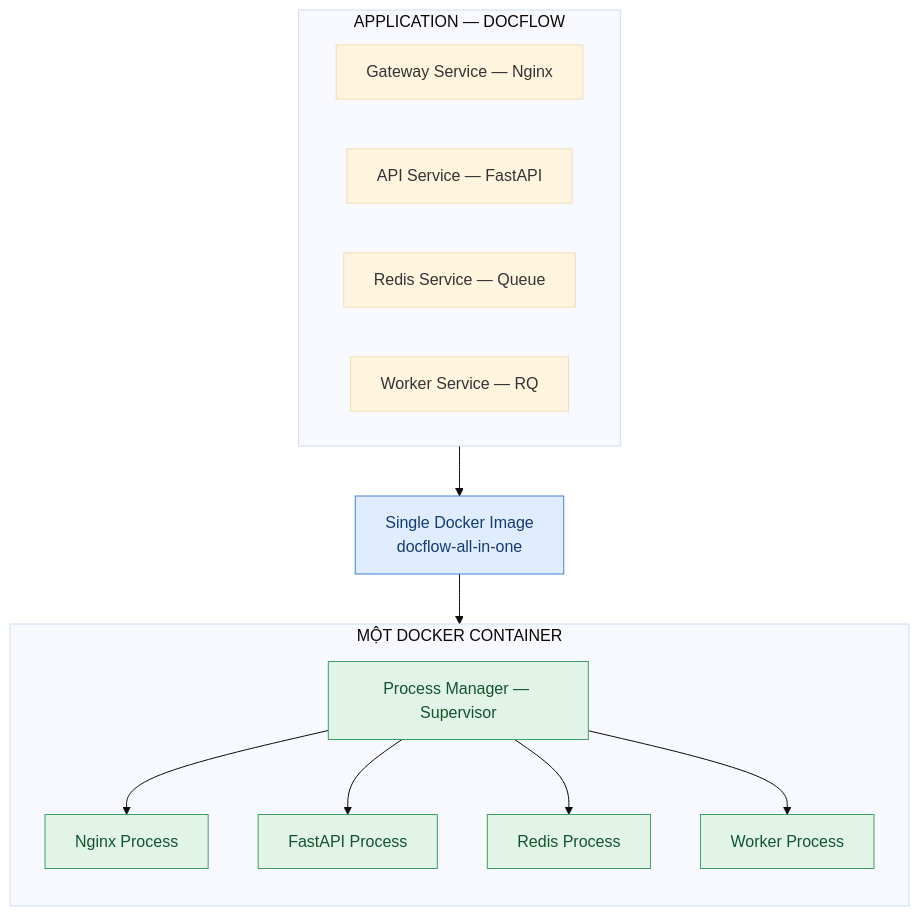
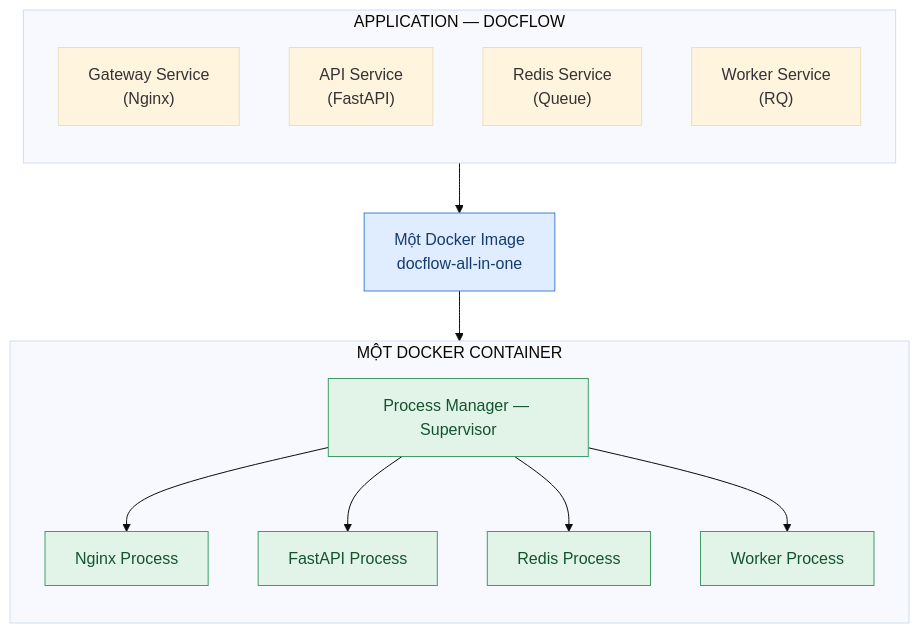
Before and after one commit to TranKiet146/docflow_SOA_Seminar: the second of 2 diagrams in README.md, drawn with Mermaid (base theme).

Commit message:
presentation diagram update

````diff
--- a/README.md
+++ b/README.md
@@ -415,30 +415,31 @@
 ```mermaid
 flowchart TB
     subgraph S["APPLICATION — DOCFLOW"]
-        A["Gateway Service — Nginx"]
-        B["API Service — FastAPI"]
-        C["Redis Service — Queue"]
-        D["Worker Service — RQ"]
+        direction TB
+        A["Gateway Service<br/>(Nginx)"]
+        B["API Service<br/>(FastAPI)"]
+        C["Redis Service<br/>(Queue)"]
+        D["Worker Service<br/>(RQ)"]
     end
 
-    S --> I["Single Docker Image<br/>docflow-all-in-one"]
+    S --> I["Một Docker Image<br/>docflow-all-in-one"]
     I --> K
 
     subgraph K["MỘT DOCKER CONTAINER"]
         direction TB
         P["Process Manager — Supervisor"]
         N["Nginx Process"]
         F["FastAPI Process"]
         R["Redis Process"]
         W["Worker Process"]
         P --> N
         P --> F
         P --> R
         P --> W
     end
 
     classDef image fill:#e0ecff,stroke:#4182d1,color:#143c70
     classDef container fill:#e2f4e8,stroke:#419d67,color:#13542d
     class I image
     class P,N,F,R,W container
 ```
````
